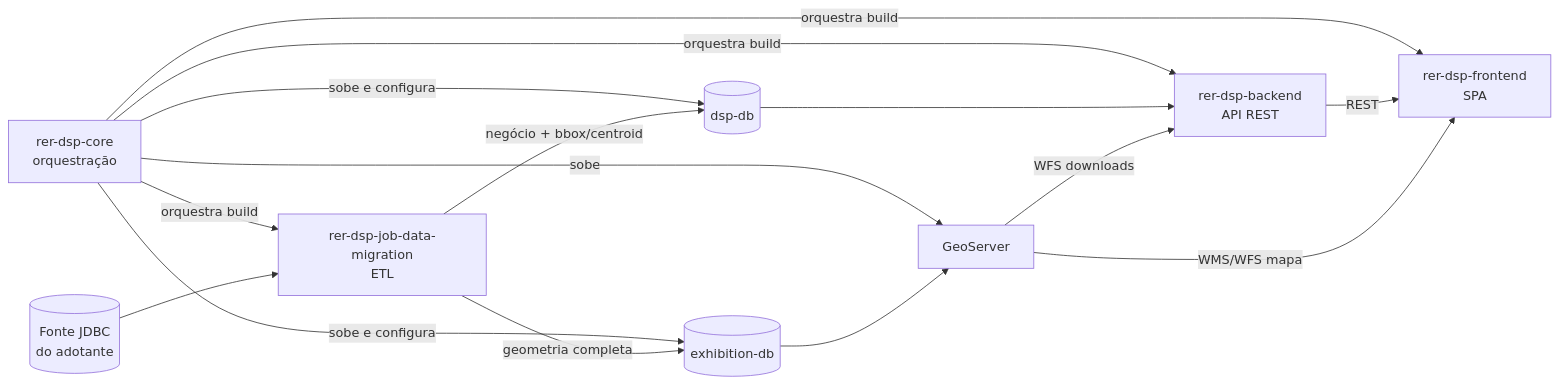
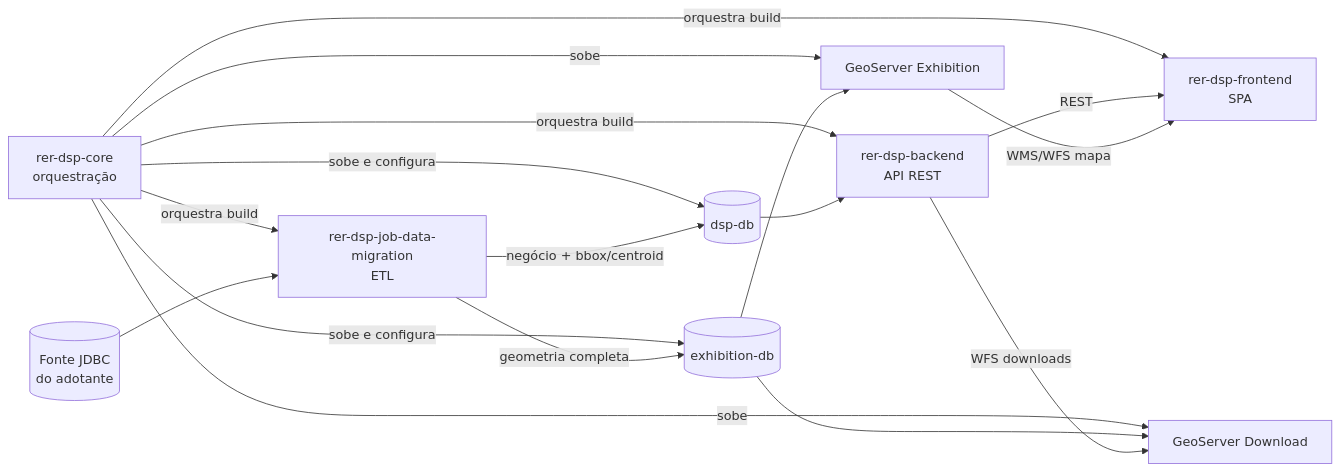
One commit to kleber-albino/rer-dsp-docs changed the diagram in docs/modulos.md. Above: the diagram before and after it, drawn with Mermaid. The commit also changed other lines of this file and 12 other files, not shown here.

First line of the commit message:
docs: update for dual GeoServer setup (Exhibition & Download)

````diff
--- a/docs/modulos.md
+++ b/docs/modulos.md
@@ -17,27 +17,30 @@
 ```mermaid
 flowchart LR
   core["rer-dsp-core<br/>orquestração"]
   job["rer-dsp-job-data-migration<br/>ETL"]
   be["rer-dsp-backend<br/>API REST"]
   fe["rer-dsp-frontend<br/>SPA"]
   src[(Fonte JDBC<br/>do adotante)]
   dspdb[(dsp-db)]
   exdb[(exhibition-db)]
-  gs[GeoServer]
+  gsEx[GeoServer Exhibition]
+  gsDl[GeoServer Download]
 
   core -->|sobe e configura| dspdb
   core -->|sobe e configura| exdb
-  core -->|sobe| gs
+  core -->|sobe| gsEx
+  core -->|sobe| gsDl
   core -->|orquestra build| job
   core -->|orquestra build| be
   core -->|orquestra build| fe
 
   src --> job
   job -->|negócio + bbox/centroid| dspdb
   job -->|geometria completa| exdb
-  exdb --> gs
+  exdb --> gsEx
+  exdb --> gsDl
   dspdb --> be
   be -->|REST| fe
-  gs -->|WFS downloads| be
-  gs -->|WMS/WFS mapa| fe
+  be -->|WFS downloads| gsDl
+  gsEx -->|WMS/WFS mapa| fe
 ```
````
